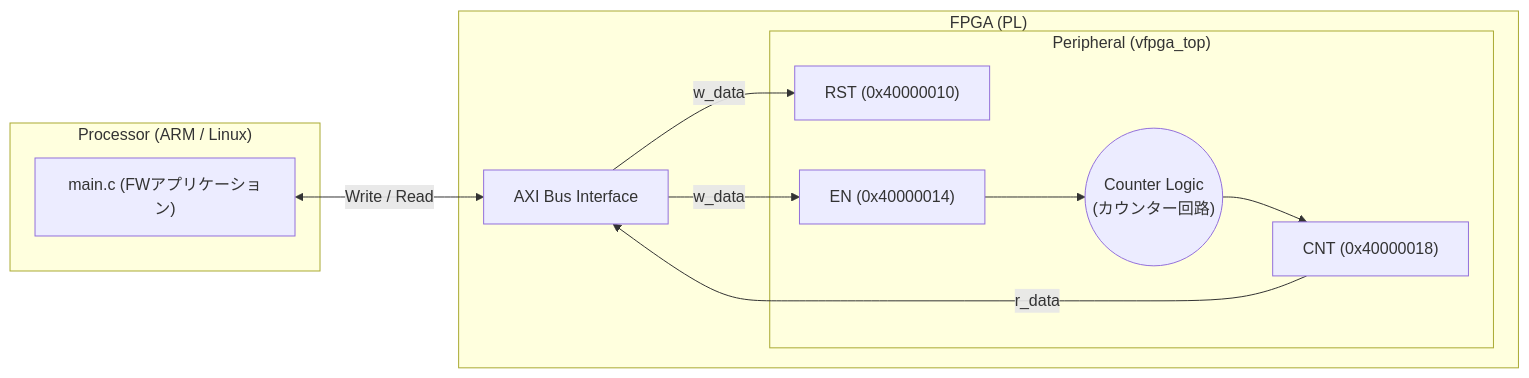
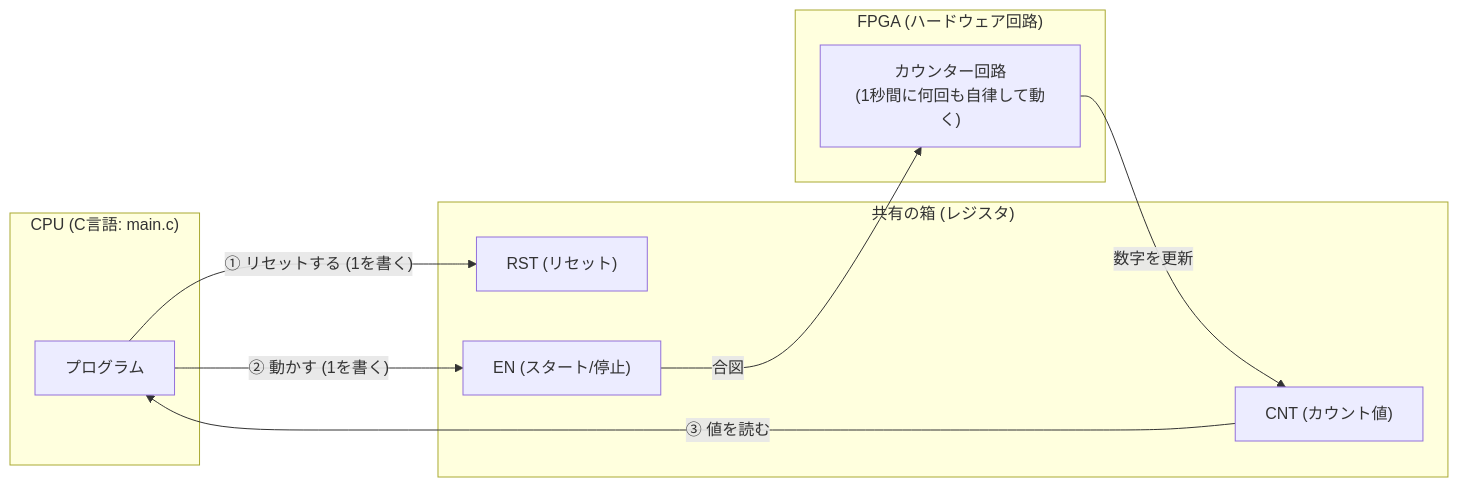
One commit to sirosiro/FPGA-BoardlessBench changed the diagram in tests/scenarios/01_standard_uio/README.md. Above: the diagram before and after it, drawn with Mermaid. The commit also changed other lines of this file and 48 other files, not shown here.

````diff
--- a/tests/scenarios/01_standard_uio/README.md
+++ b/tests/scenarios/01_standard_uio/README.md
@@ -7,23 +16,22 @@
 ```mermaid
-graph LR
-    subgraph "Processor (ARM / Linux)"
-        App["main.c (FWアプリケーション)"]
+flowchart LR
+    subgraph CPU ["CPU (C言語: main.c)"]
+        C_App["プログラム"]
     end
-    
-    subgraph "FPGA (PL)"
-        AXI["AXI Bus Interface"]
-        subgraph "Peripheral (vfpga_top)"
-            RST["RST (0x40000010)"]
-            EN["EN (0x40000014)"]
-            CNT["CNT (0x40000018)"]
-            CounterLogic(("Counter Logic\n(カウンター回路)"))
-        end
+
+    subgraph Registers ["共有の箱 (レジスタ)"]
+        RST["RST (リセット)"]
+        EN["EN (スタート/停止)"]
+        CNT["CNT (カウント値)"]
     end
-    
-    App <-->|"Write / Read"| AXI
-    AXI -->|"w_data"| RST
-    AXI -->|"w_data"| EN
-    EN --> CounterLogic
-    CounterLogic --> CNT
-    CNT -->|"r_data"| AXI
+
+    subgraph FPGA ["FPGA (ハードウェア回路)"]
+        Counter["カウンター回路\n(1秒間に何回も自律して動く)"]
+    end
+
+    C_App -->|"① リセットする (1を書く)"| RST
+    C_App -->|"② 動かす (1を書く)"| EN
+    EN -->|"合図"| Counter
+    Counter -->|"数字を更新"| CNT
+    CNT -->|"③ 値を読む"| C_App
 ```
````
